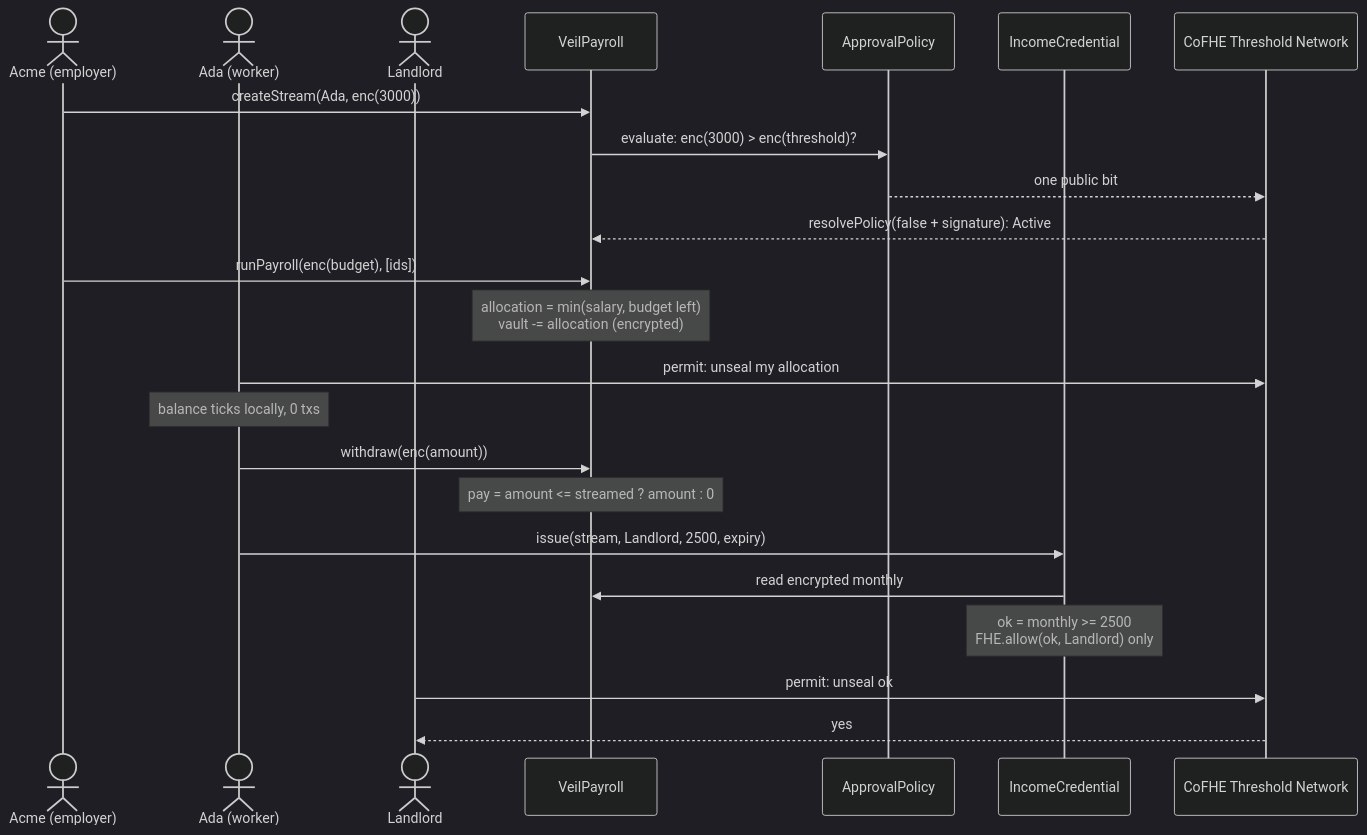
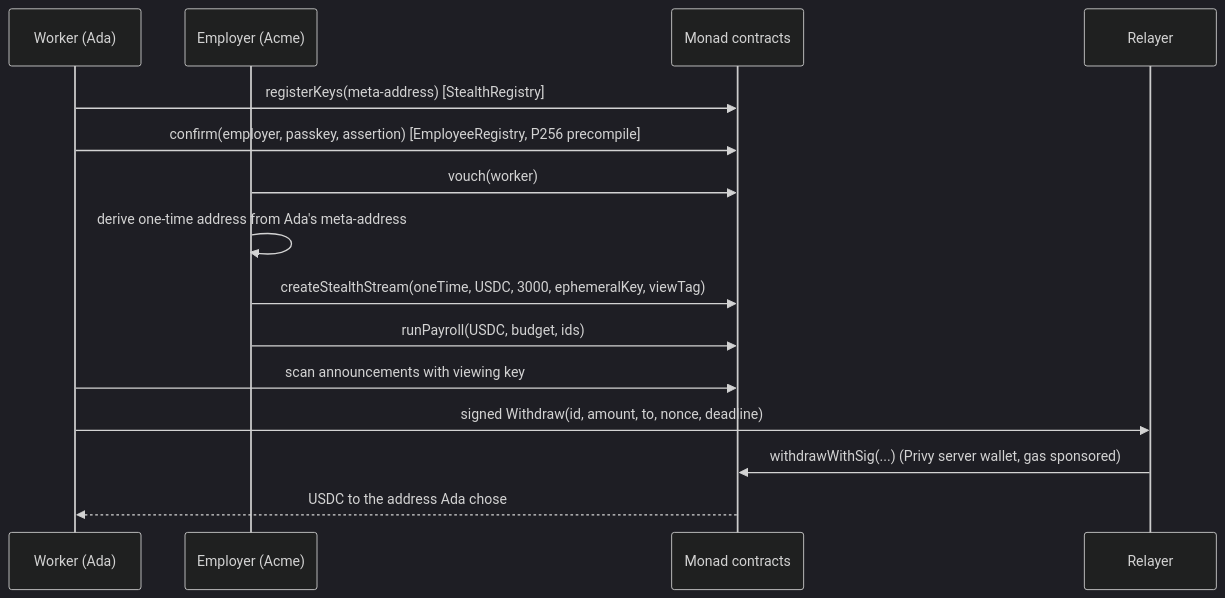
One commit to Kelechikizito/veil changed the diagram in README.md. Above: the diagram before and after it, drawn with Mermaid (dark theme). The commit also changed other lines of this file and 1 other file, not shown here.

Commit message:
Document the CRE, Privy server wallet and Envio integrations with their onchain proof.

````diff
--- a/README.md
+++ b/README.md
@@ -33,26 +34,17 @@
 ```mermaid
 sequenceDiagram
-    actor Acme as Acme (employer)
-    actor Ada as Ada (worker)
-    actor Landlord
-    participant P as VeilPayroll
-    participant AP as ApprovalPolicy
-    participant IC as IncomeCredential
-    participant TN as CoFHE Threshold Network
-
-    Acme->>P: createStream(Ada, enc(3000))
-    P->>AP: evaluate: enc(3000) > enc(threshold)?
-    AP-->>TN: one public bit
-    TN-->>P: resolvePolicy(false + signature): Active
-    Acme->>P: runPayroll(enc(budget), [ids])
-    Note over P: allocation = min(salary, budget left)<br/>vault -= allocation (encrypted)
-    Ada->>TN: permit: unseal my allocation
-    Note over Ada: balance ticks locally, 0 txs
-    Ada->>P: withdraw(enc(amount))
-    Note over P: pay = amount <= streamed ? amount : 0
-    Ada->>IC: issue(stream, Landlord, 2500, expiry)
-    IC->>P: read encrypted monthly
-    Note over IC: ok = monthly >= 2500<br/>FHE.allow(ok, Landlord) only
-    Landlord->>TN: permit: unseal ok
-    TN-->>Landlord: yes
+    participant W as Worker (Ada)
+    participant E as Employer (Acme)
+    participant C as Monad contracts
+    participant R as Relayer
+    W->>C: registerKeys(meta-address)  [StealthRegistry]
+    W->>C: confirm(employer, passkey, assertion)  [EmployeeRegistry, P256 precompile]
+    E->>C: vouch(worker)
+    E->>E: derive one-time address from Ada's meta-address
+    E->>C: createStealthStream(oneTime, USDC, 3000, ephemeralKey, viewTag)
+    E->>C: runPayroll(USDC, budget, ids)
+    W->>C: scan announcements with viewing key
+    W->>R: signed Withdraw(id, amount, to, nonce, deadline)
+    R->>C: withdrawWithSig(...)  (Privy server wallet, gas sponsored)
+    C-->>W: USDC to the address Ada chose
 ```
````
